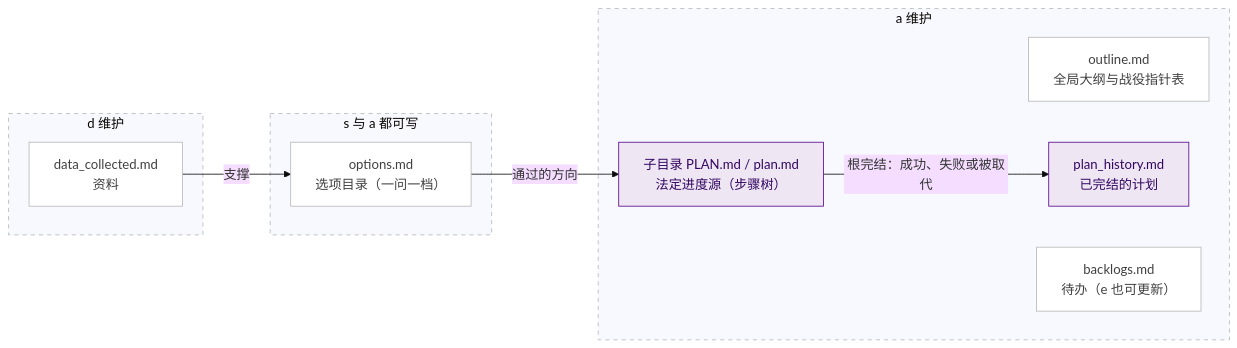
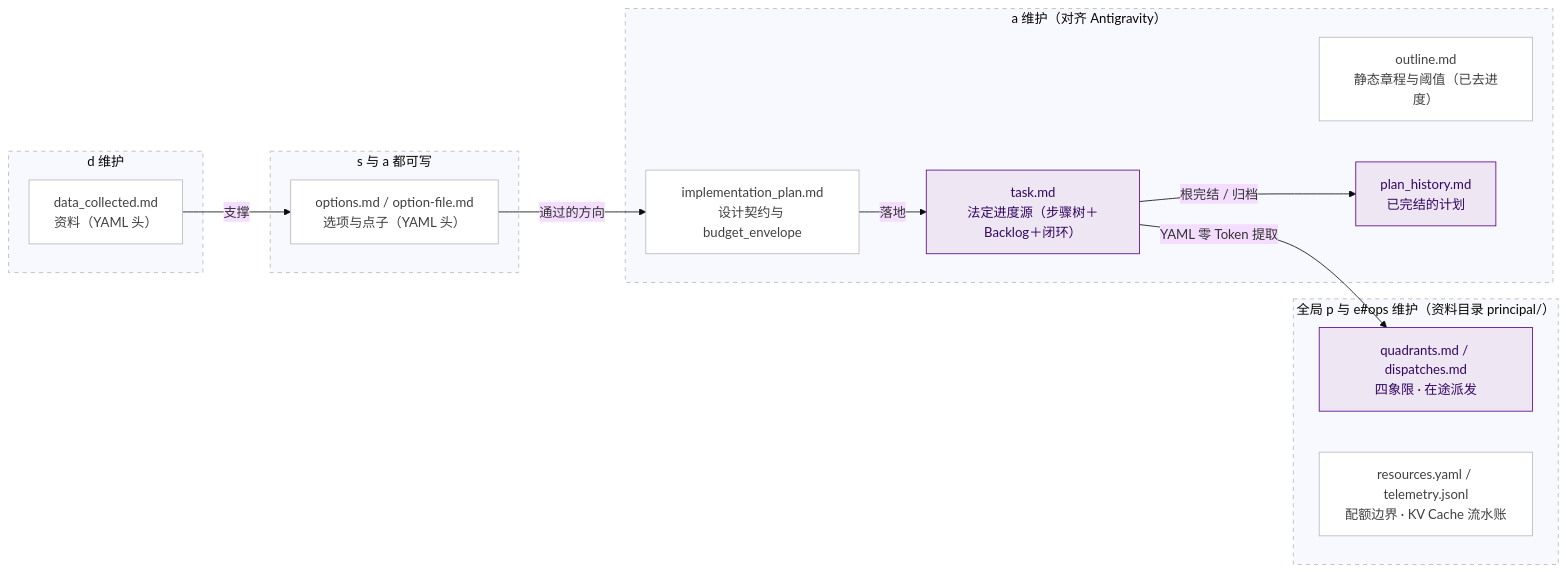
Before and after one commit to asj252/persona-masks-cn: the second of 2 diagrams in README.md, drawn with Mermaid (base theme). The commit also changed other lines of this file and 36 other files, not shown here.

Commit message:
persona-masks 0.9.0（中文版）：新增全局幕僚长 p 与只读统计实例 e#ops、Antigravity 对齐与全模板 YAML Frontmatter

````diff
--- a/README.md
+++ b/README.md
@@ -61,25 +66,32 @@
 ```mermaid
 flowchart LR
+  subgraph principal["全局 p 与 e#ops 维护（资料目录 principal/）"]
+    PQ["quadrants.md / dispatches.md<br/>四象限 · 在途派发"]
+    PR["resources.yaml / telemetry.jsonl<br/>配额边界 · KV Cache 流水账"]
+  end
   subgraph collector["d 维护"]
-    DC["data_collected.md<br/>资料"]
+    DC["data_collected.md<br/>资料（YAML 头）"]
   end
   subgraph spark["s 与 a 都可写"]
-    OP["options.md<br/>选项目录（一问一档）"]
+    OP["options.md / option-file.md<br/>选项与点子（YAML 头）"]
   end
-  subgraph architect["a 维护"]
-    O["outline.md<br/>全局大纲与战役指针表"]
-    P["子目录 PLAN.md / plan.md<br/>法定进度源（步骤树）"]
+  subgraph architect["a 维护（对齐 Antigravity）"]
+    O["outline.md<br/>静态章程与阈值（已去进度）"]
+    IP["implementation_plan.md<br/>设计契约与 budget_envelope"]
+    T["task.md<br/>法定进度源（步骤树＋Backlog＋闭环）"]
     H["plan_history.md<br/>已完结的计划"]
-    B["backlogs.md<br/>待办（e 也可更新）"]
   end
   DC -->|"支撑"| OP
-  OP -->|"通过的方向"| P
-  P -->|"根完结：成功、失败或被取代"| H
+  OP -->|"通过的方向"| IP
+  IP -->|"落地"| T
+  T -->|"YAML 零 Token 提取"| PQ
+  T -->|"根完结 / 归档"| H
   classDef box fill:#FFFFFF,stroke:#B8B8B8,color:#404040
   classDef key fill:#EEE6F3,stroke:#57068C,color:#330662
-  class DC,OP,O,B box
-  class P,H key
+  class DC,OP,O,IP,PR box
+  class T,H,PQ key
+  style principal stroke:#B8B8B8,stroke-dasharray:5 5
   style collector stroke:#B8B8B8,stroke-dasharray:5 5
   style spark stroke:#B8B8B8,stroke-dasharray:5 5
   style architect stroke:#B8B8B8,stroke-dasharray:5 5
 ```
````
